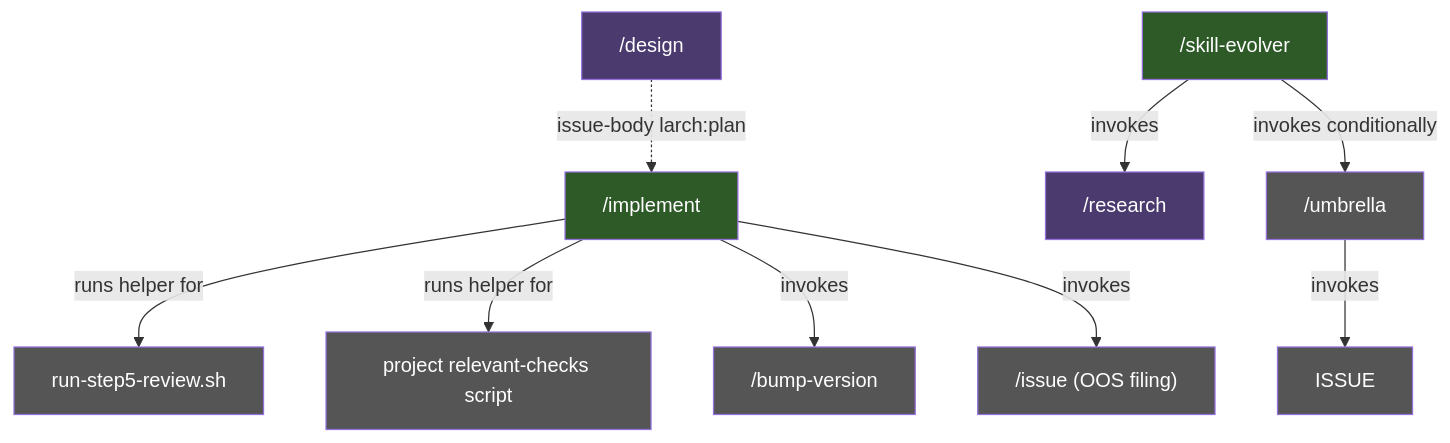
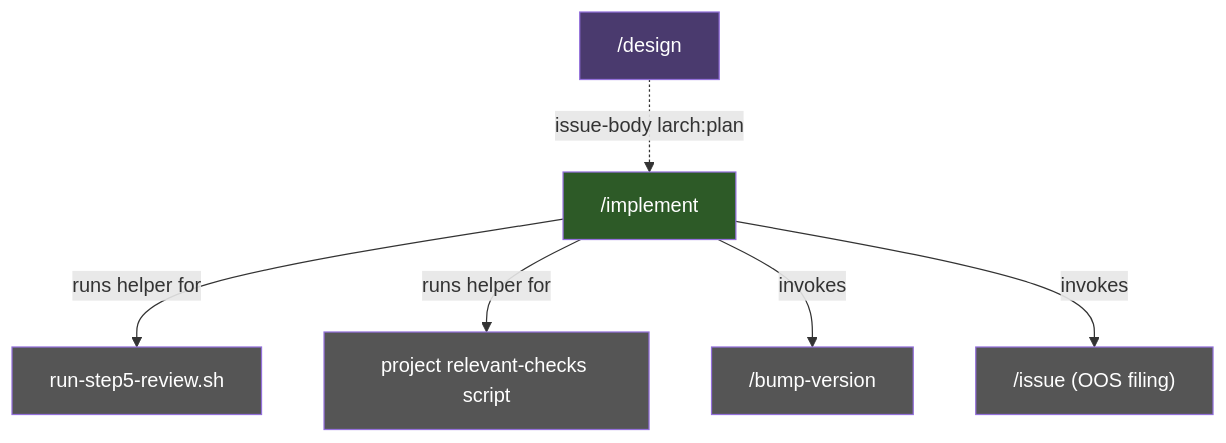
Before and after one commit to character-ai/larch: the first of 3 diagrams in docs/workflow-lifecycle.md, drawn with Mermaid. The commit also changed other lines of this file and 88 other files, not shown here.

````diff
--- a/docs/workflow-lifecycle.md
+++ b/docs/workflow-lifecycle.md
@@ -9,23 +9,16 @@
 ```mermaid
 graph TD
     DESIGN["/design"]
     DESIGN -.->|issue-body larch:plan| IMPLEMENT["/implement"]
     IMPLEMENT -->|runs helper for| STEP5["run-step5-review.sh"]
     IMPLEMENT -->|runs helper for| CHECKS["project relevant-checks script"]
     IMPLEMENT -->|invokes| BUMP["/bump-version"]
     IMPLEMENT -->|invokes| ISSUE_OOS["/issue (OOS filing)"]
-    EVOLVER["/skill-evolver"] -->|invokes| RESEARCH["/research"]
-    EVOLVER -->|invokes conditionally| UMBRELLA["/umbrella"]
-    UMBRELLA -->|invokes| ISSUE
 
     style IMPLEMENT fill:#2d5a27,color:#fff
-    style EVOLVER fill:#2d5a27,color:#fff
     style DESIGN fill:#4a3a6e,color:#fff
     style STEP5 fill:#555,color:#fff
-    style RESEARCH fill:#4a3a6e,color:#fff
-    style UMBRELLA fill:#555,color:#fff
     style CHECKS fill:#555,color:#fff
     style BUMP fill:#555,color:#fff
-    style ISSUE fill:#555,color:#fff
     style ISSUE_OOS fill:#555,color:#fff
 ```
````
